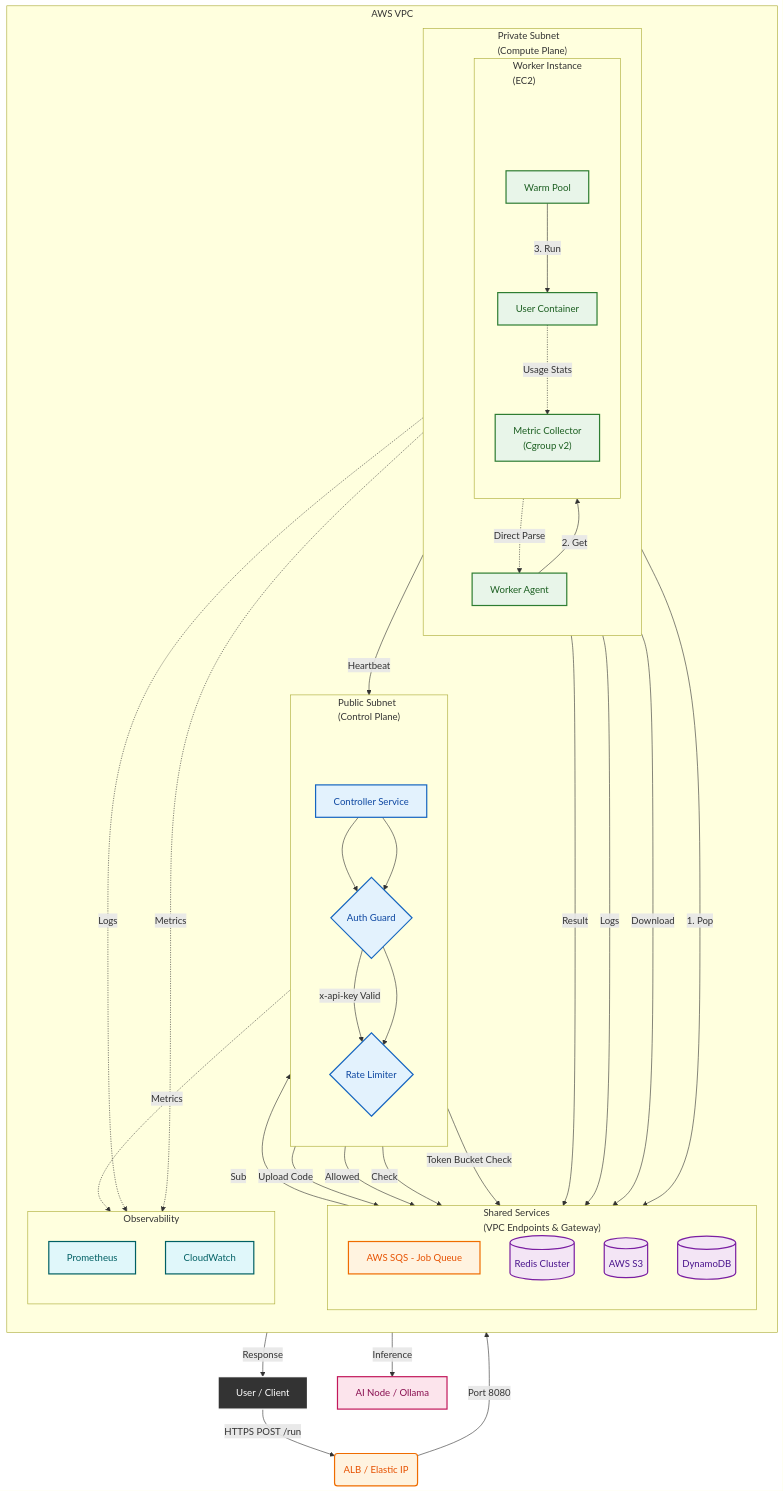
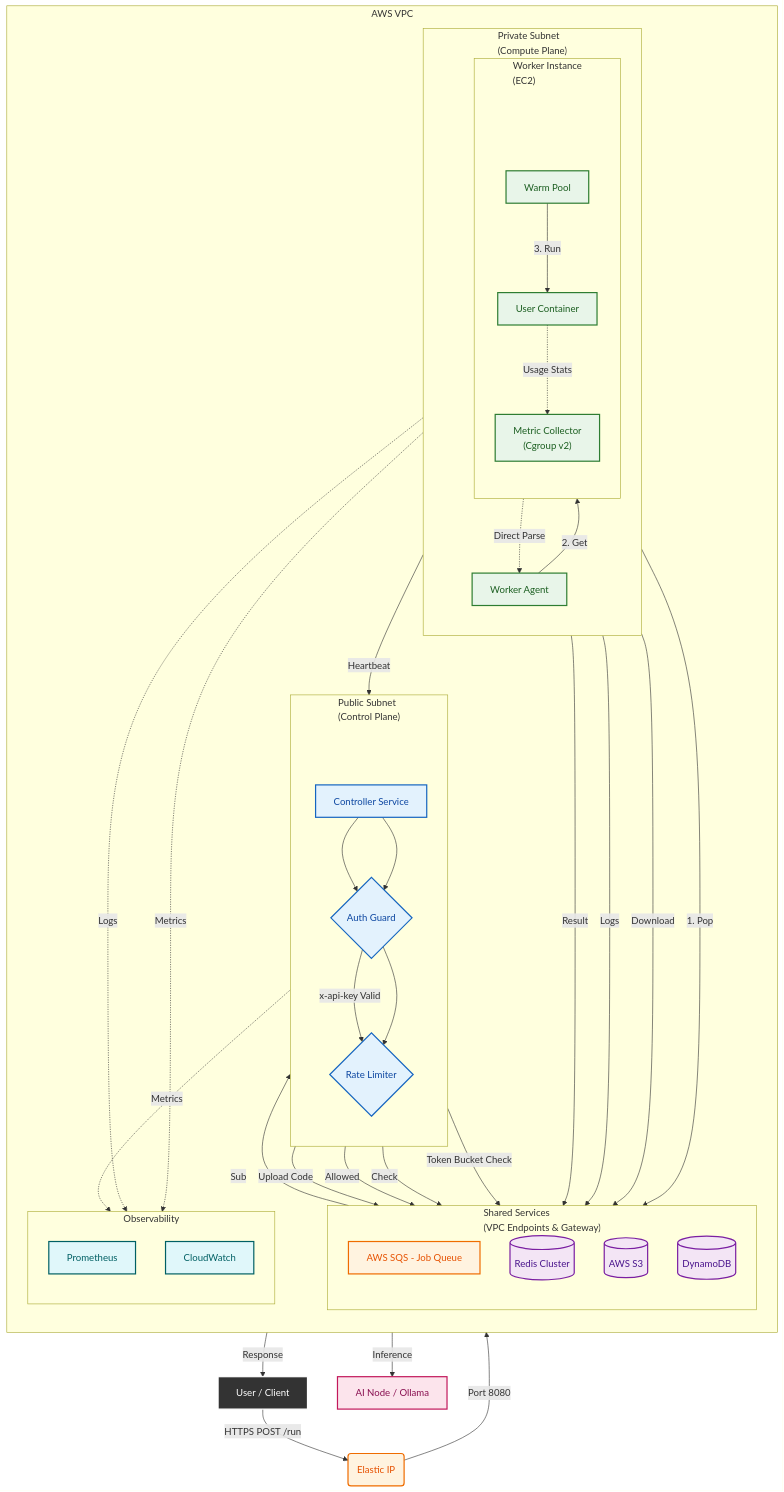
One commit to sangmu1126/FaaS-Platform changed the diagram in README.md. Above: the diagram before and after it, drawn with Mermaid. The commit also changed 4 other files, not shown here.

Commit message:
align architecture diagrams with Zero ALB strategy

```diff
--- a/README.md
+++ b/README.md
@@ -15,7 +15,7 @@
     classDef empty width:0px,height:0px,stroke:none,fill:none,color:none
 
     %% 🌐 External World
-    User[User / Client]:::client -->|HTTPS POST /run| ALB(ALB / Elastic IP):::aws
+    User[User / Client]:::client -->|HTTPS POST /run| EIP(Elastic IP):::aws
     AINode[AI Node / Ollama]:::ai
     
     %% ☁️ AWS VPC Boundary
@@ -80,7 +80,7 @@
     
     %% Connections (Logic Flow)
     %% Inbound
-    ALB -- Port 8080 --> Controller
+    EIP -- Port 8080 --> Controller
     Controller --> Auth
     Auth --> RateLimit
     RateLimit -->|Check| Redis_Global
```
